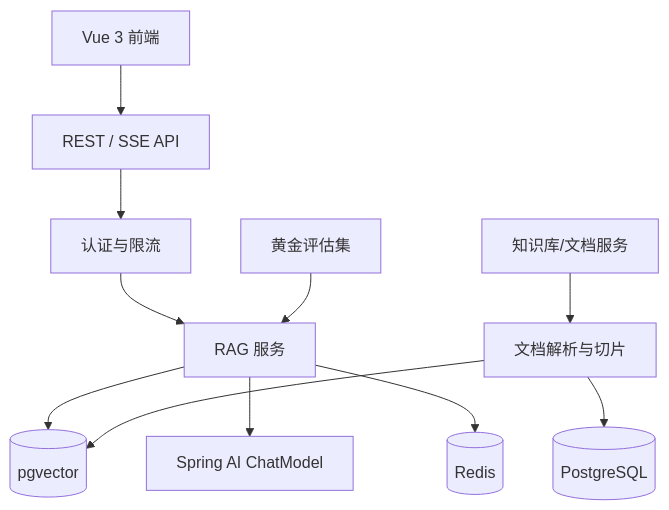
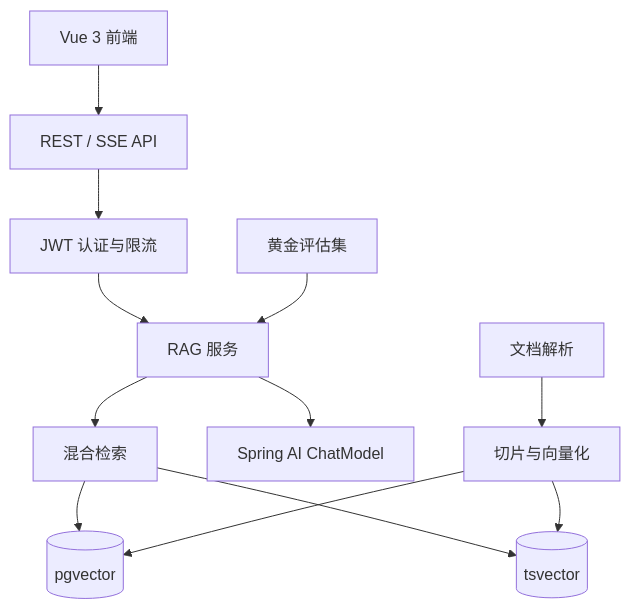
The diagram in README.md (xgwangdl/wikiknowledge), drawn with Mermaid before and after one commit. The commit also changed other lines of this file and 1 other file, not shown here.

````diff
--- a/README.md
+++ b/README.md
@@ -40,13 +33,14 @@
 ```mermaid
 graph TB
   FE[Vue 3 前端] --> API[REST / SSE API]
-  API --> AUTH[认证与限流]
+  API --> AUTH[JWT 认证与限流]
   AUTH --> RAG[RAG 服务]
-  RAG --> VS[(pgvector)]
+  RAG --> HYBRID[混合检索]
+  HYBRID --> VS[(pgvector)]
+  HYBRID --> FTS[(tsvector)]
   RAG --> LLM[Spring AI ChatModel]
-  RAG --> REDIS[(Redis)]
-  KB[知识库/文档服务] --> DOC[文档解析与切片]
-  DOC --> VS
-  DOC --> DB[(PostgreSQL)]
+  DOC[文档解析] --> CHUNK[切片与向量化]
+  CHUNK --> VS
+  CHUNK --> FTS
   EVAL[黄金评估集] --> RAG
 ```
````
